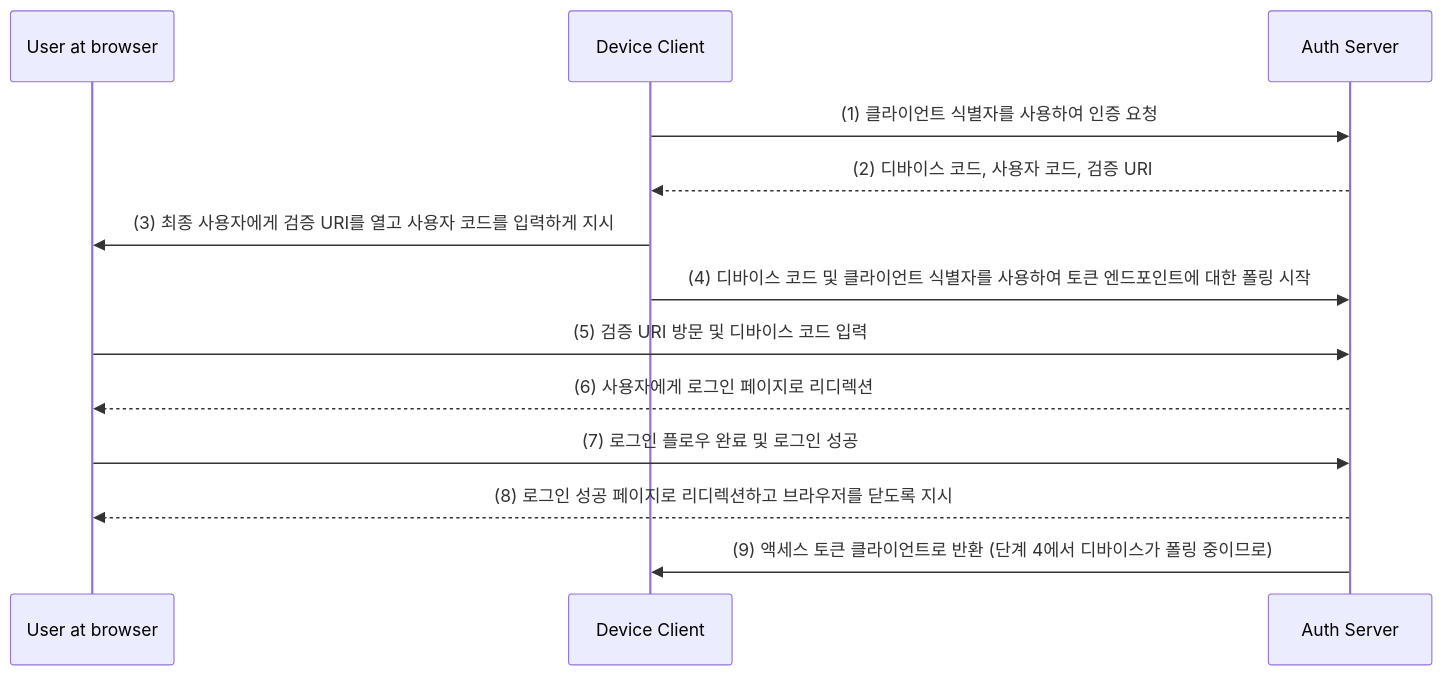
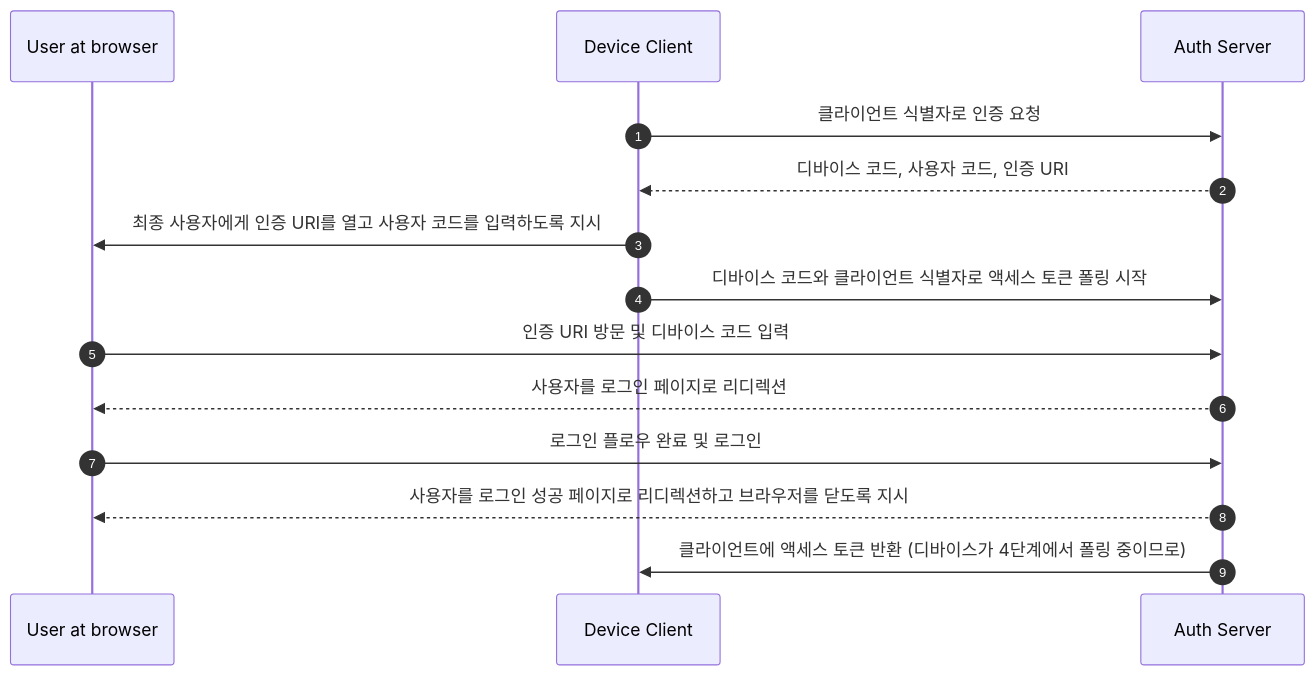
One commit to logto-io/auth-wiki changed the diagram in src/content/terms/ko/device-flow.mdx. Above: the diagram before and after it, drawn with Mermaid. The commit also changed other lines of this file and 98 other files, not shown here.

````diff
--- a/src/content/terms/ko/device-flow.mdx
+++ b/src/content/terms/ko/device-flow.mdx
@@ -88,16 +90,17 @@
 ```mermaid
 sequenceDiagram
+	autonumber
 	participant User at browser
 	participant Device Client
 	participant Auth Server
 
-	Device Client ->> Auth Server: (1) 클라이언트 식별자를 사용하여 인증 요청
-	Auth Server -->> Device Client: (2) 디바이스 코드, 사용자 코드, 검증 URI
-	Device Client ->> User at browser: (3) 최종 사용자에게 검증 URI를 열고 사용자 코드를 입력하게 지시
-	Device Client ->> Auth Server: (4) 디바이스 코드 및 클라이언트 식별자를 사용하여 토큰 엔드포인트에 대한 폴링 시작
-	User at browser ->> Auth Server: (5) 검증 URI 방문 및 디바이스 코드 입력
-	Auth Server -->> User at browser: (6) 사용자에게 로그인 페이지로 리디렉션
-	User at browser ->> Auth Server: (7) 로그인 플로우 완료 및 로그인 성공
-	Auth Server -->> User at browser: (8) 로그인 성공 페이지로 리디렉션하고 브라우저를 닫도록 지시
-	Auth Server ->> Device Client: (9) 액세스 토큰 클라이언트로 반환 (단계 4에서 디바이스가 폴링 중이므로)
+	Device Client ->> Auth Server: 클라이언트 식별자로 인증 요청
+	Auth Server -->> Device Client: 디바이스 코드, 사용자 코드, 인증 URI
+	Device Client ->> User at browser: 최종 사용자에게 인증 URI를 열고 사용자 코드를 입력하도록 지시
+	Device Client ->> Auth Server: 디바이스 코드와 클라이언트 식별자로 액세스 토큰 폴링 시작
+	User at browser ->> Auth Server: 인증 URI 방문 및 디바이스 코드 입력
+	Auth Server -->> User at browser: 사용자를 로그인 페이지로 리디렉션
+	User at browser ->> Auth Server: 로그인 플로우 완료 및 로그인
+	Auth Server -->> User at browser: 사용자를 로그인 성공 페이지로 리디렉션하고 브라우저를 닫도록 지시
+	Auth Server ->> Device Client: 클라이언트에 액세스 토큰 반환 (디바이스가 4단계에서 폴링 중이므로)
 ```
````
